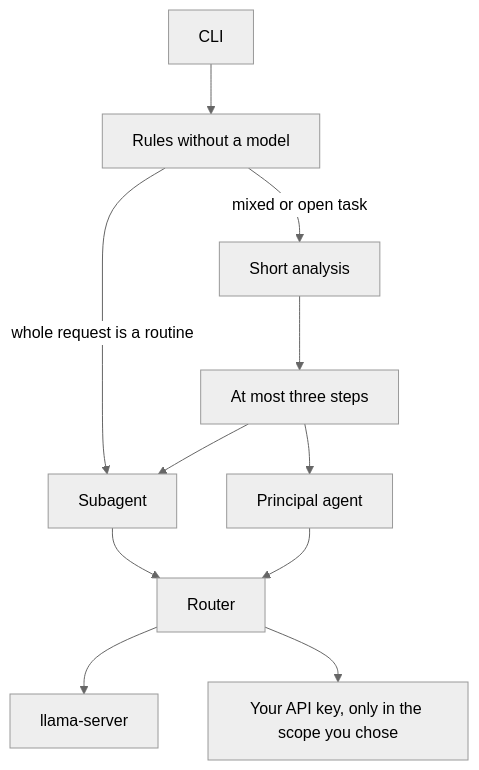
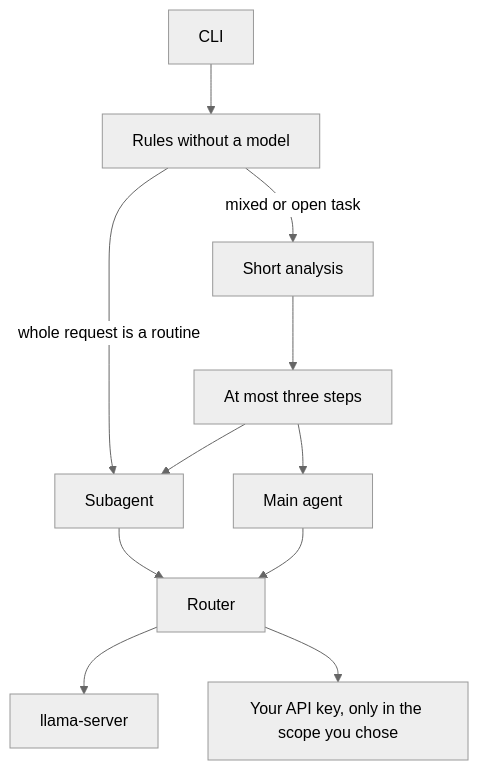
Before and after one commit to JoaoPHS/AgentX: the diagram in README.md, drawn with Mermaid (neutral theme). The commit also changed other lines of this file and 19 other files, not shown here.

````diff
--- a/README.md
+++ b/README.md
@@ -15,13 +15,13 @@
 ```mermaid
 flowchart TD
   cli[CLI] --> rules[Rules without a model]
   rules -->|whole request is a routine| routine[Subagent]
   rules -->|mixed or open task| analyze[Short analysis]
   analyze --> plan[At most three steps]
   plan --> routine
-  plan --> principal[Principal agent]
+  plan --> mainAgent[Main agent]
   routine --> router[Router]
-  principal --> router
+  mainAgent --> router
   router --> local[llama-server]
   router --> remote[Your API key, only in the scope you chose]
 ```
````
